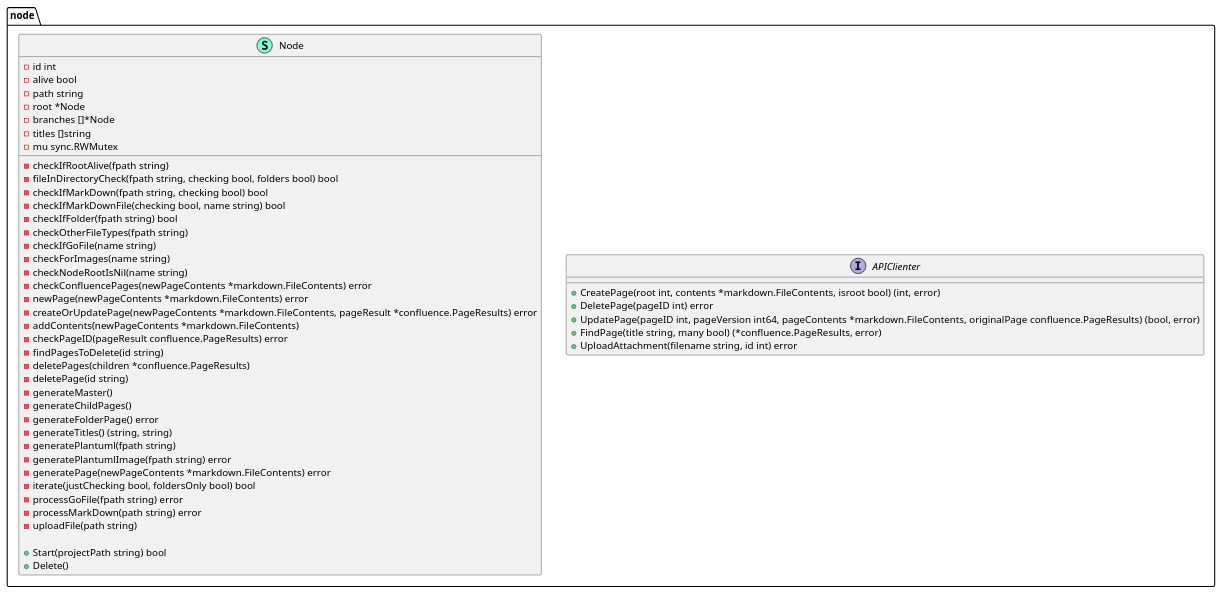
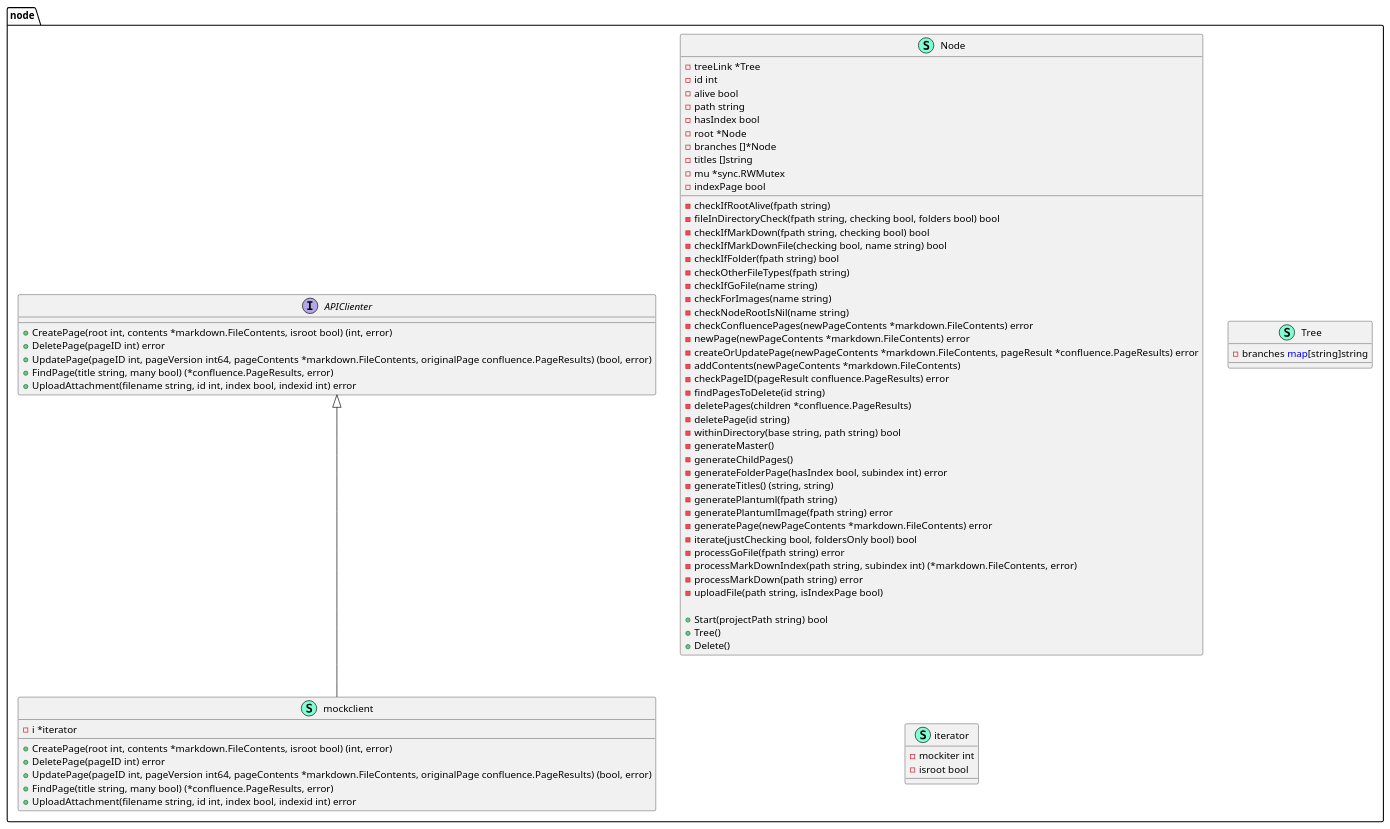
Before and after one commit to xiatechs/markdown-to-confluence: the diagram in node/node-pumldiagram.puml, drawn with PlantUML. The commit also changed 5 other files, not shown here.

```diff
--- a/node/node-pumldiagram.puml
+++ b/node/node-pumldiagram.puml
@@ -1,56 +1,82 @@
 @startuml
 namespace node {
     interface APIClienter  {
         + CreatePage(root int, contents *markdown.FileContents, isroot bool) (int, error)
         + DeletePage(pageID int) error
         + UpdatePage(pageID int, pageVersion int64, pageContents *markdown.FileContents, originalPage confluence.PageResults) (bool, error)
         + FindPage(title string, many bool) (*confluence.PageResults, error)
-        + UploadAttachment(filename string, id int) error
+        + UploadAttachment(filename string, id int, index bool, indexid int) error
 
     }
     class Node << (S,Aquamarine) >> {
+        - treeLink *Tree
         - id int
         - alive bool
         - path string
+        - hasIndex bool
         - root *Node
         - branches []*Node
         - titles []string
-        - mu sync.RWMutex
+        - mu *sync.RWMutex
+        - indexPage bool
 
         - checkIfRootAlive(fpath string) 
         - fileInDirectoryCheck(fpath string, checking bool, folders bool) bool
         - checkIfMarkDown(fpath string, checking bool) bool
         - checkIfMarkDownFile(checking bool, name string) bool
         - checkIfFolder(fpath string) bool
         - checkOtherFileTypes(fpath string) 
         - checkIfGoFile(name string) 
         - checkForImages(name string) 
         - checkNodeRootIsNil(name string) 
         - checkConfluencePages(newPageContents *markdown.FileContents) error
         - newPage(newPageContents *markdown.FileContents) error
         - createOrUpdatePage(newPageContents *markdown.FileContents, pageResult *confluence.PageResults) error
         - addContents(newPageContents *markdown.FileContents) 
         - checkPageID(pageResult confluence.PageResults) error
         - findPagesToDelete(id string) 
         - deletePages(children *confluence.PageResults) 
         - deletePage(id string) 
+        - withinDirectory(base string, path string) bool
         - generateMaster() 
         - generateChildPages() 
-        - generateFolderPage() error
+        - generateFolderPage(hasIndex bool, subindex int) error
         - generateTitles() (string, string)
         - generatePlantuml(fpath string) 
         - generatePlantumlImage(fpath string) error
         - generatePage(newPageContents *markdown.FileContents) error
         - iterate(justChecking bool, foldersOnly bool) bool
         - processGoFile(fpath string) error
+        - processMarkDownIndex(path string, subindex int) (*markdown.FileContents, error)
         - processMarkDown(path string) error
-        - uploadFile(path string) 
+        - uploadFile(path string, isIndexPage bool) 
 
         + Start(projectPath string) bool
+        + Tree() 
         + Delete() 
+
+    }
+    class Tree << (S,Aquamarine) >> {
+        - branches <font color=blue>map</font>[string]string
+
+    }
+    class iterator << (S,Aquamarine) >> {
+        - mockiter int
+        - isroot bool
+
+    }
+    class mockclient << (S,Aquamarine) >> {
+        - i *iterator
+
+        + CreatePage(root int, contents *markdown.FileContents, isroot bool) (int, error)
+        + DeletePage(pageID int) error
+        + UpdatePage(pageID int, pageVersion int64, pageContents *markdown.FileContents, originalPage confluence.PageResults) (bool, error)
+        + FindPage(title string, many bool) (*confluence.PageResults, error)
+        + UploadAttachment(filename string, id int, index bool, indexid int) error
 
     }
 }
 
+"node.APIClienter" <|-- "node.mockclient"
 
 @enduml
```
